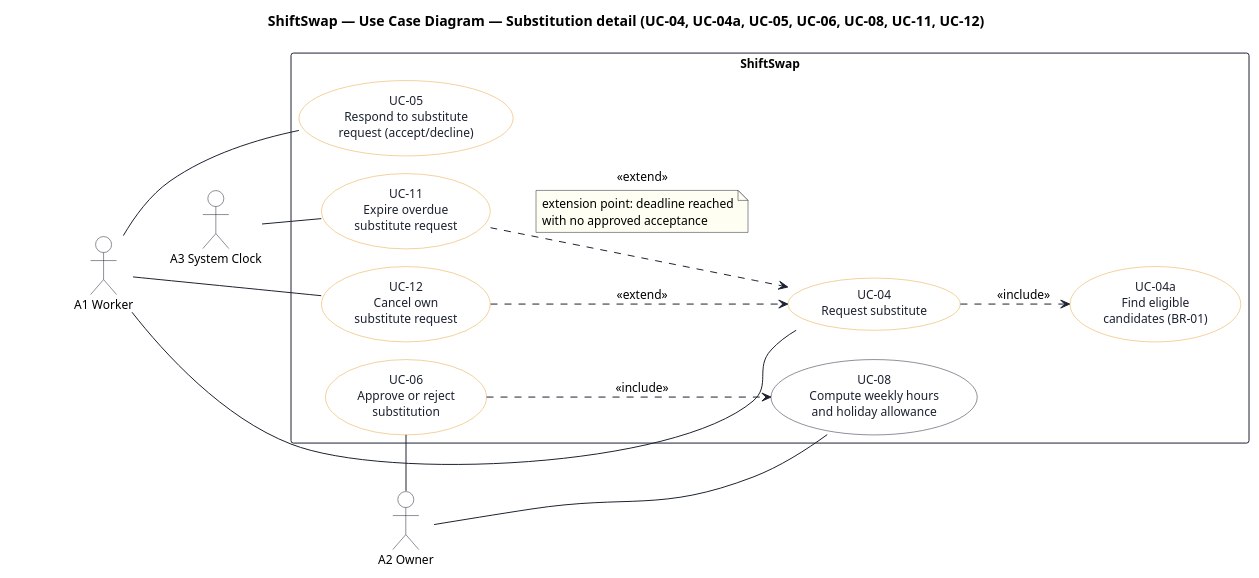
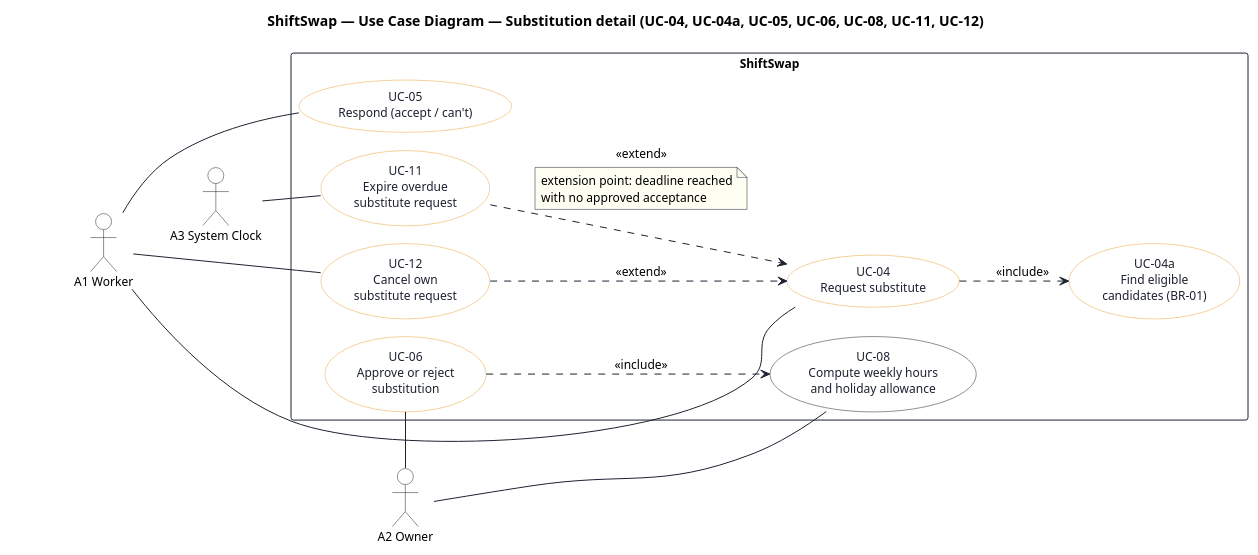
One commit to keemlogan/shiftswap changed the diagram in uml/src/usecase-substitute.puml. Above: the diagram before and after it, drawn with PlantUML. The commit also changed 113 other files, not shown here.

Commit message:
Iteration 6: availability removed, can't answer and FAILED ending; Korean display names; 84 tests, check 128/128; docs, UML and deck updated

```diff
--- a/uml/src/usecase-substitute.puml
+++ b/uml/src/usecase-substitute.puml
@@ -1,75 +1,75 @@
 @startuml usecase-substitute
 !pragma layout smetana
 skinparam defaultFontName "Helvetica"
 skinparam defaultFontSize 12
 skinparam shadowing false
 skinparam backgroundColor #FFFFFF
 skinparam ArrowColor #1C2230
 hide stereotype
 skinparam usecase {
   BackgroundColor #FFFFFF
   BorderColor #1C2230
   FontColor #1C2230
 }
 skinparam usecase<<amber>> {
   BackgroundColor #FFFFFF
   BorderColor #E9A23B
   FontColor #1C2230
 }
 skinparam actor {
   BorderColor #1C2230
   BackgroundColor #FFFFFF
 }
 skinparam rectangle {
   BorderColor #1C2230
   BackgroundColor #FFFFFF
 }
 skinparam note {
   BackgroundColor #FFFEF2
   BorderColor #1C2230
 }
 
 left to right direction
 
 title ShiftSwap — Use Case Diagram — Substitution detail (UC-04, UC-04a, UC-05, UC-06, UC-08, UC-11, UC-12)
 
 ' spacer to keep smetana from clipping the topmost actor's head against the canvas edge
 actor " " as Spacer #FFFFFF;line:FFFFFF;text:FFFFFF
 
 actor "A1 Worker" as A1
 actor "A3 System Clock" as A3
 
 Spacer -[hidden]-> A1
 A1 -[hidden]-> A3
 
 rectangle "ShiftSwap" as Boundary {
   usecase "UC-11\nExpire overdue\nsubstitute request" as UC11 <<amber>>
   usecase "UC-12\nCancel own\nsubstitute request" as UC12 <<amber>>
   usecase "UC-04\nRequest substitute" as UC04 <<amber>>
-  usecase "UC-05\nRespond to substitute\nrequest (accept/decline)" as UC05 <<amber>>
+  usecase "UC-05\nRespond (accept / can't)" as UC05 <<amber>>
   usecase "UC-04a\nFind eligible\ncandidates (BR-01)" as UC04a <<amber>>
   usecase "UC-06\nApprove or reject\nsubstitution" as UC06 <<amber>>
   usecase "UC-08\nCompute weekly hours\nand holiday allowance" as UC08
 }
 
 actor "A2 Owner" as A2
 UC08 -[hidden]-> A2
 
 ' ===== actor associations =====
 A1 -- UC04
 A1 -- UC05
 A1 -- UC12
 A3 -- UC11
 A2 -- UC06
 A2 -- UC08
 
 ' ===== include / extend detail (spec §3) =====
 UC04 ..> UC04a : <<include>>
 UC06 ..> UC08 : <<include>>
 UC11 ..> UC04 : <<extend>>
 note on link
   extension point: deadline reached
   with no approved acceptance
 end note
 UC12 ..> UC04 : <<extend>>
 @enduml
```
